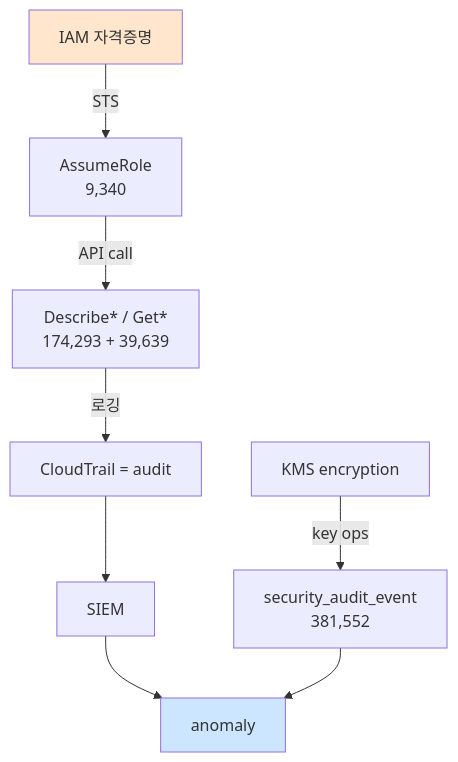
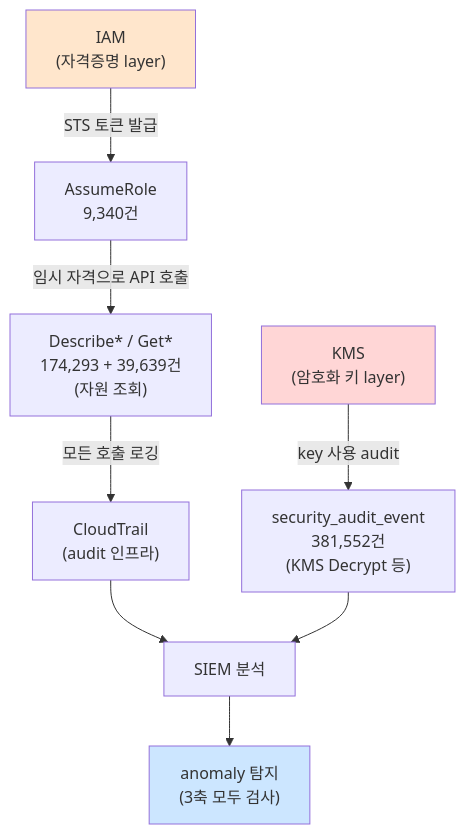
Before and after one commit to mrgrit/ccc: the diagram in contents/education/course6-cloud-container/week09/lecture.md, drawn with Mermaid. The commit also changed other lines of this file and 12 other files, not shown here.

````diff
--- a/contents/education/course6-cloud-container/week09/lecture.md
+++ b/contents/education/course6-cloud-container/week09/lecture.md
@@ -409,13 +419,14 @@
 ```mermaid
 graph TB
-    IAM[IAM 자격증명] -->|STS| AR[AssumeRole<br/>9,340]
-    AR -->|API call| DESC[Describe* / Get*<br/>174,293 + 39,639]
-    DESC -->|로깅| TRAIL[CloudTrail = audit]
-    TRAIL --> SIEM[SIEM]
-    KMS[KMS encryption] -->|key ops| AUDIT[security_audit_event<br/>381,552]
-    SIEM --> ALERT[anomaly]
-    AUDIT --> ALERT
+    IAM["IAM<br/>(자격증명 layer)"] -->|STS 토큰 발급| AR["AssumeRole<br/>9,340건"]
+    AR -->|임시 자격으로 API 호출| DESC["Describe* / Get*<br/>174,293 + 39,639건<br/>(자원 조회)"]
+    DESC -->|모든 호출 로깅| TRAIL["CloudTrail<br/>(audit 인프라)"]
+    TRAIL --> SIEM[SIEM 분석]
+    KMS["KMS<br/>(암호화 키 layer)"] -->|key 사용 audit| AUDIT["security_audit_event<br/>381,552건<br/>(KMS Decrypt 등)"]
+    AUDIT --> SIEM
+    SIEM --> ALERT["anomaly 탐지<br/>(3축 모두 검사)"]
 
     style IAM fill:#ffe6cc
+    style KMS fill:#ffd6d6
     style ALERT fill:#cce6ff
 ```
````
